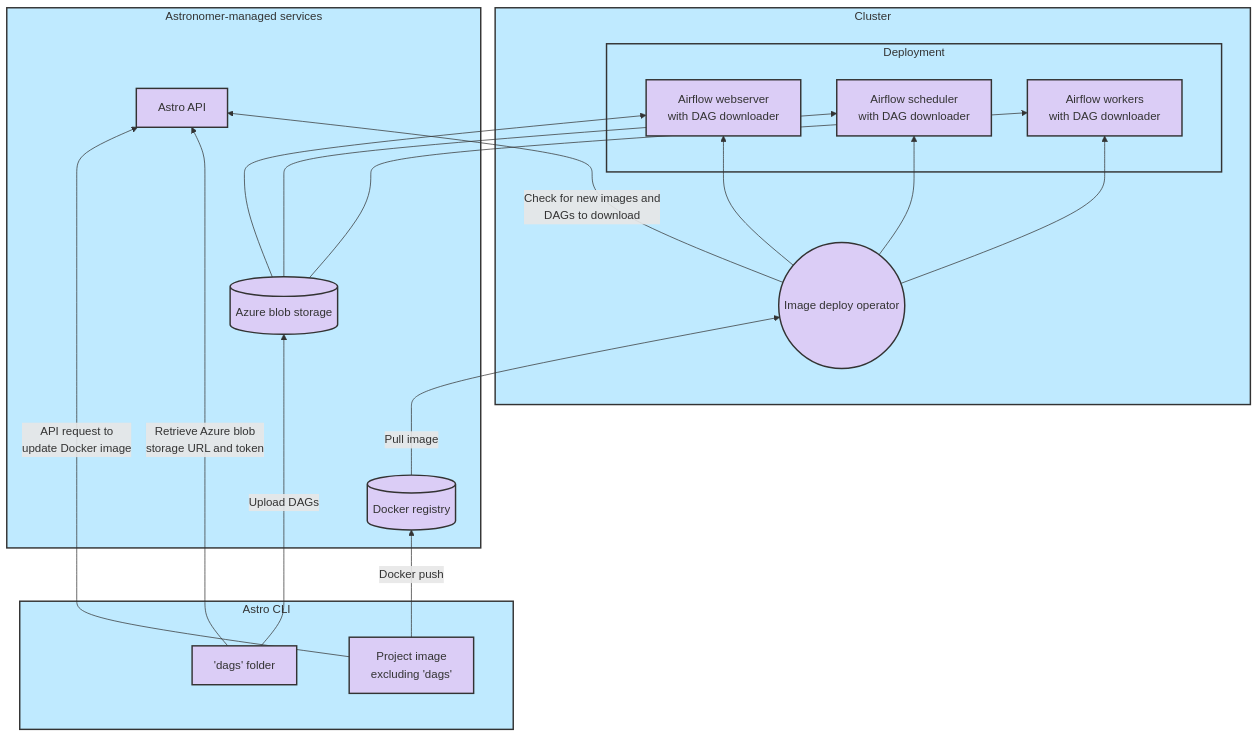
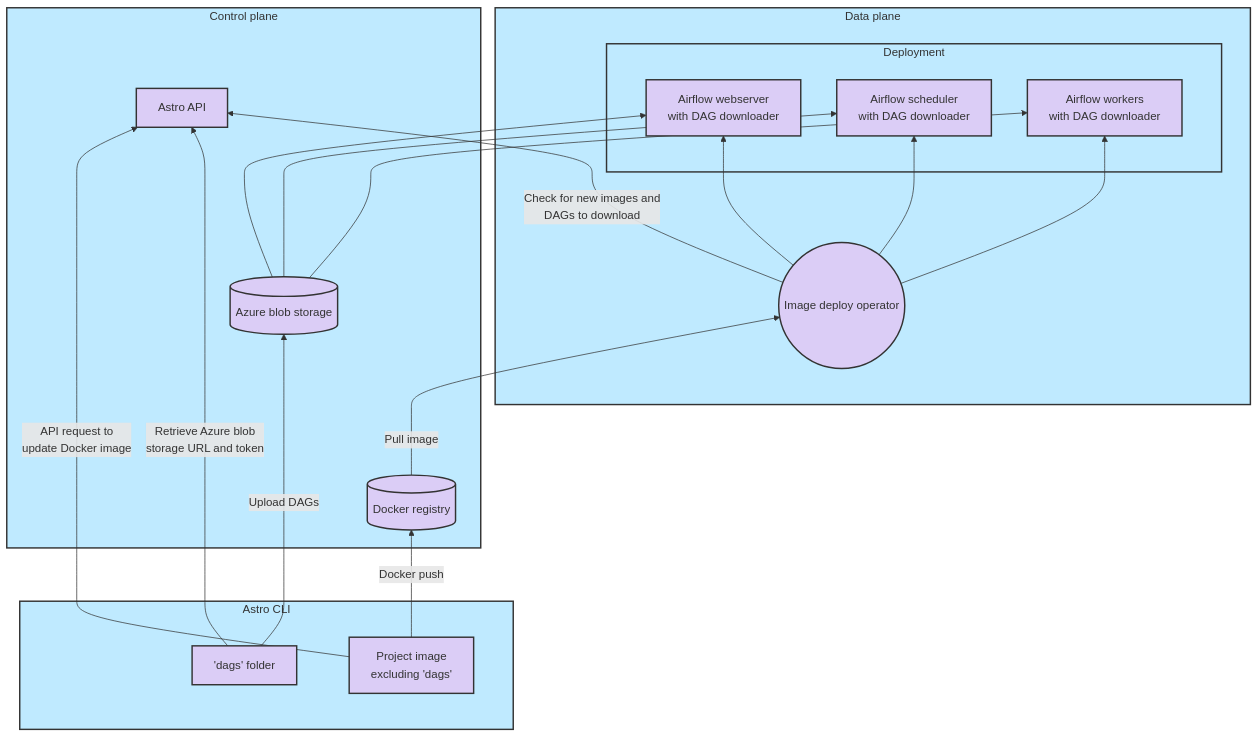
One commit to astronomer/docs changed the diagram in astro/deploy-project-image.md. Above: the diagram before and after it, drawn with Mermaid.

Commit message:
Apply suggestions from code review

````diff
--- a/astro/deploy-project-image.md
+++ b/astro/deploy-project-image.md
@@ -106,43 +106,43 @@
 ```mermaid
 flowchart BT;
 classDef subgraph_padding fill:none,stroke:none
 classDef astro fill:#dbcdf6,stroke:#333,stroke-width:2px;
     subgraph AstroCLI[Astro CLI]
     subgraph subgraph_padding1 [ ]
     id10
     id1
     end
     end
-    subgraph ControlPlane[Astronomer-managed services]
+    subgraph ControlPlane[Control plane]
     id9[(Azure blob storage)]:::astro
     id2[Astro API]:::astro
     id4[(Docker registry)]:::astro
     end
-    subgraph DataPlane ["Cluster"]
+    subgraph DataPlane ["Data plane"]
     subgraph subgraph_padding3 [ ]
     id5(("Image deploy operator")):::astro
     subgraph Deployment ["Deployment"]
     subgraph subgraph_padding2 [ ]
     id6["Airflow webserver </br> with DAG downloader"]:::astro
     id7["Airflow scheduler </br> with DAG downloader"]:::astro
     id8["Airflow workers </br> with DAG downloader"]:::astro
     end
     end
     end
     end
     id1["Project image </br> excluding 'dags'"]:::astro-->|API request to <br/>update Docker image| id2;
     id10["'dags' folder"]:::astro-->|Upload DAGs|id9
     id10-->|Retrieve Azure blob </br> storage URL and token|id2
     id1-->|Docker push| id4
     id4-->|Pull image|id5
     id5-->id6 & id7 & id8
     id5-->|Check for new images and </br> DAGs to download|id2
     id9-->id6 & id7 & id8
     class subgraph_padding3 subgraph_padding
     class subgraph_padding2 subgraph_padding
     class subgraph_padding1 subgraph_padding
     style ControlPlane fill:#bfeaff,stroke:#333,stroke-width:2px
     style DataPlane fill:#bfeaff,stroke:#333,stroke-width:2px
     style AstroCLI fill:#bfeaff,stroke:#333,stroke-width:2px
     style Deployment fill:#bfeaff,stroke:#333,stroke-width:2px
 ```
````
